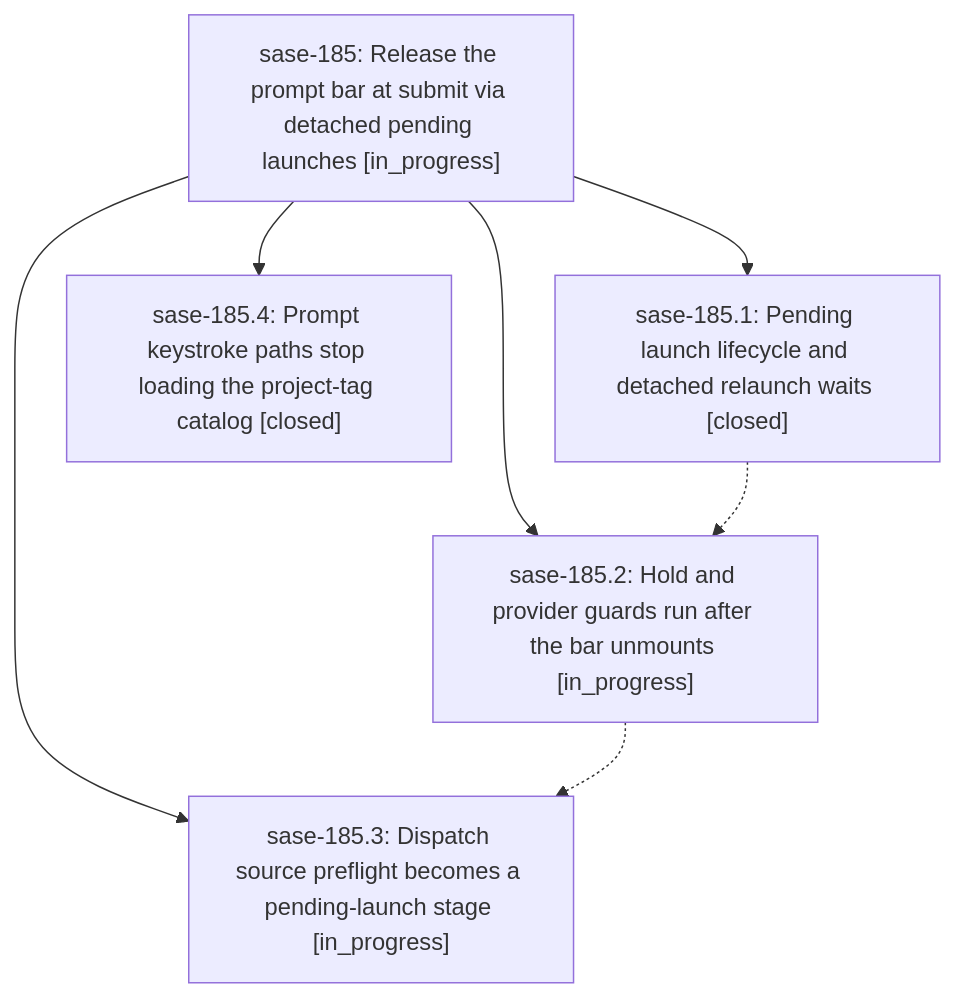
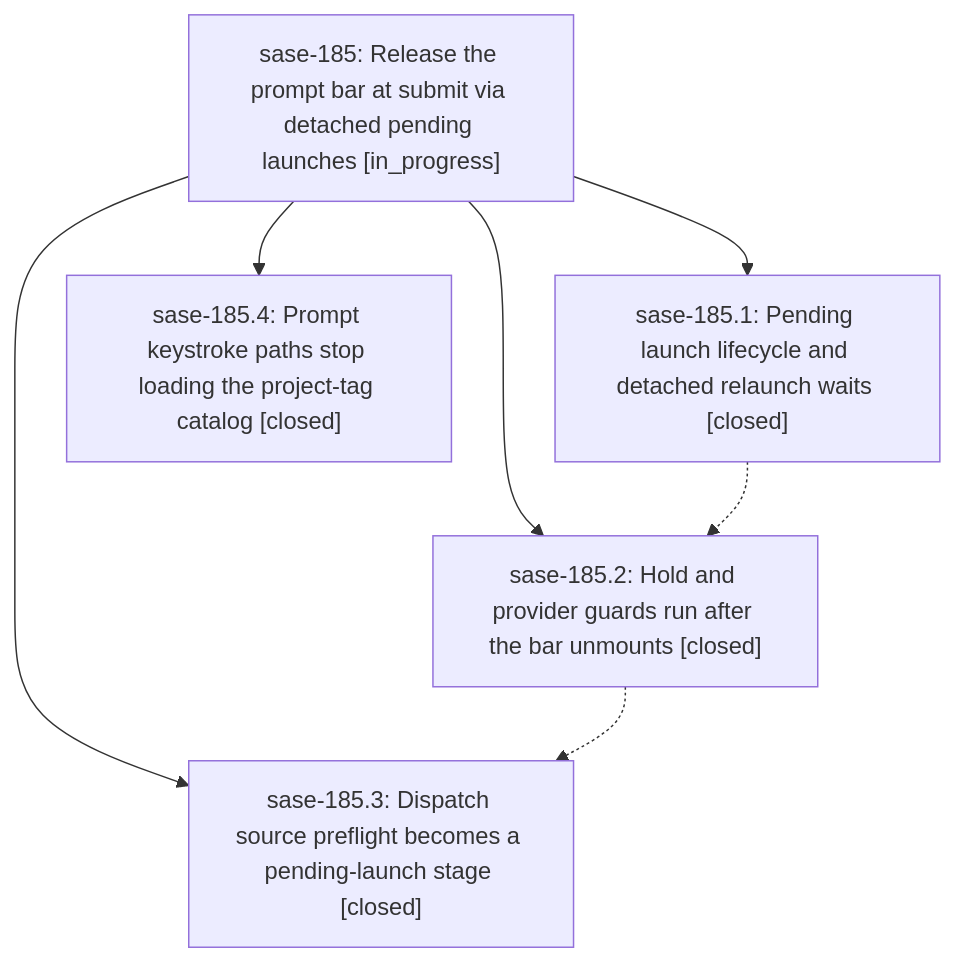
Before and after one commit to sase-org/sase--beads: the diagram in pages/sase-185/README.md, drawn with Mermaid. The commit also changed other lines of this file and 3 other files, not shown here.

````diff
--- a/pages/sase-185/README.md
+++ b/pages/sase-185/README.md
@@ -25,14 +29,14 @@
 ```mermaid
 flowchart TD
     n0["sase-185: Release the prompt bar at submit via detached pending launches [in_progress]"]
     n1["sase-185.1: Pending launch lifecycle and detached relaunch waits [closed]"]
-    n2["sase-185.2: Hold and provider guards run after the bar unmounts [in_progress]"]
-    n3["sase-185.3: Dispatch source preflight becomes a pending-launch stage [in_progress]"]
+    n2["sase-185.2: Hold and provider guards run after the bar unmounts [closed]"]
+    n3["sase-185.3: Dispatch source preflight becomes a pending-launch stage [closed]"]
     n4["sase-185.4: Prompt keystroke paths stop loading the project-tag catalog [closed]"]
     n0 --> n1
     n0 --> n2
     n0 --> n3
     n0 --> n4
     n1 -.-> n2
     n2 -.-> n3
 ```
````
